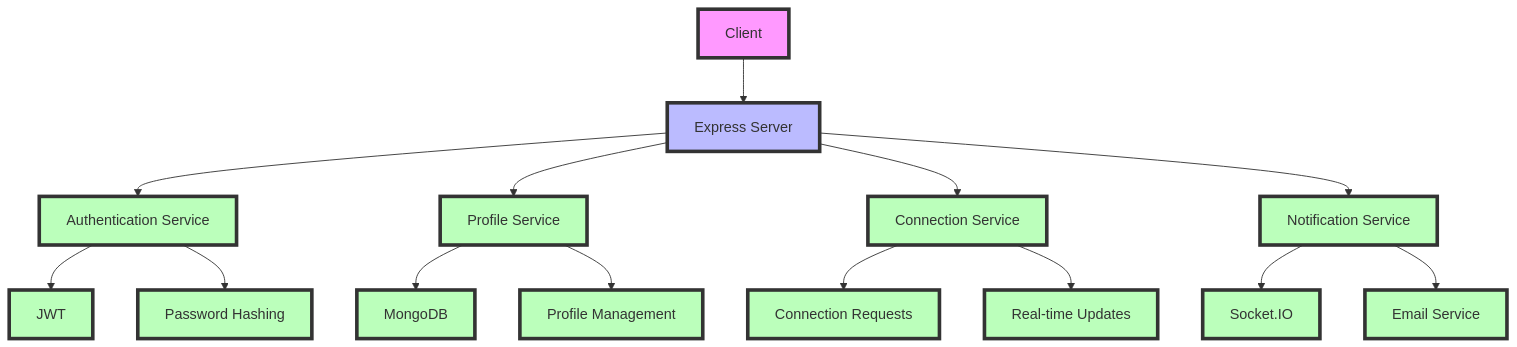
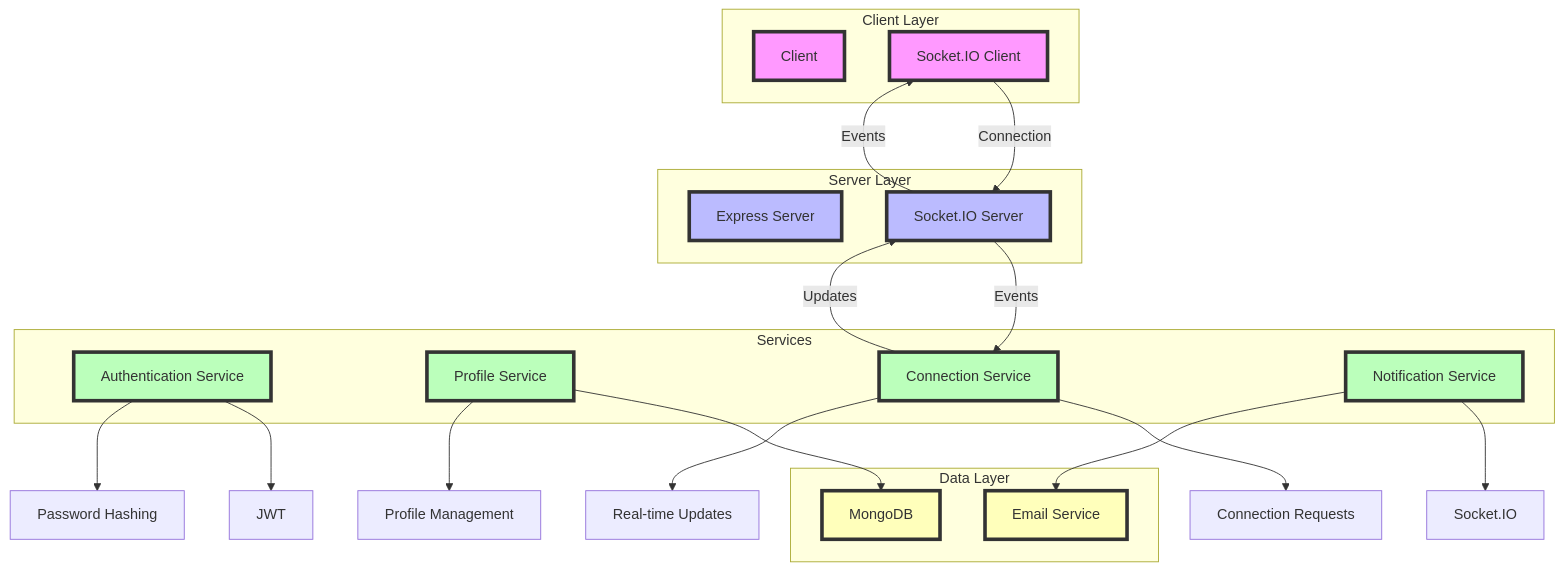
The diagram in README.md (yashpreetbathla/devTinder), drawn with Mermaid before and after one commit.

Commit message:
fix architecture diag

````diff
--- a/README.md
+++ b/README.md
@@ -17,35 +17,57 @@
 ```mermaid
 graph TD
-    A[Client] --> B[Express Server]
-    B --> C[Authentication Service]
-    B --> D[Profile Service]
-    B --> E[Connection Service]
-    B --> F[Notification Service]
+    subgraph Client Layer
+        A[Client]
+        A1[Socket.IO Client]
+    end
     
+    subgraph Server Layer
+        B[Express Server]
+        B1[Socket.IO Server]
+    end
+    
+    subgraph Services
+        C[Authentication Service]
+        D[Profile Service]
+        E[Connection Service]
+        F[Notification Service]
+    end
+    
+    subgraph Data Layer
+        I[MongoDB]
+        N[Email Service]
+    end
+    
+    %% Authentication Flow
     C --> G[JWT]
     C --> H[Password Hashing]
     
-    D --> I[MongoDB]
+    %% Profile Flow
+    D --> I
     D --> J[Profile Management]
     
+    %% Connection Flow
     E --> K[Connection Requests]
     E --> L[Real-time Updates]
     
+    %% Notification Flow
     F --> M[Socket.IO]
-    F --> N[Email Service]
+    F --> N
     
-    style A fill:#f9f,stroke:#333,stroke-width:4px
-    style B fill:#bbf,stroke:#333,stroke-width:4px
-    style C fill:#bfb,stroke:#333,stroke-width:4px
-    style D fill:#bfb,stroke:#333,stroke-width:4px
-    style E fill:#bfb,stroke:#333,stroke-width:4px
-    style F fill:#bfb,stroke:#333,stroke-width:4px
-    style G fill:#bfb,stroke:#333,stroke-width:4px
-    style H fill:#bfb,stroke:#333,stroke-width:4px
-    style I fill:#bfb,stroke:#333,stroke-width:4px
-    style J fill:#bfb,stroke:#333,stroke-width:4px
-    style K fill:#bfb,stroke:#333,stroke-width:4px
-    style L fill:#bfb,stroke:#333,stroke-width:4px
-    style M fill:#bfb,stroke:#333,stroke-width:4px
-    style N fill:#bfb,stroke:#333,stroke-width:4px
+    %% Real-time Communication
+    A1 -->|"Connection"| B1
+    B1 -->|"Events"| A1
+    B1 -->|"Events"| E
+    E -->|"Updates"| B1
+    
+    %% Styling
+    classDef client fill:#f9f,stroke:#333,stroke-width:4px
+    classDef server fill:#bbf,stroke:#333,stroke-width:4px
+    classDef service fill:#bfb,stroke:#333,stroke-width:4px
+    classDef data fill:#ffb,stroke:#333,stroke-width:4px
+    
+    class A,A1 client
+    class B,B1 server
+    class C,D,E,F service
+    class I,N data
 ```
````
